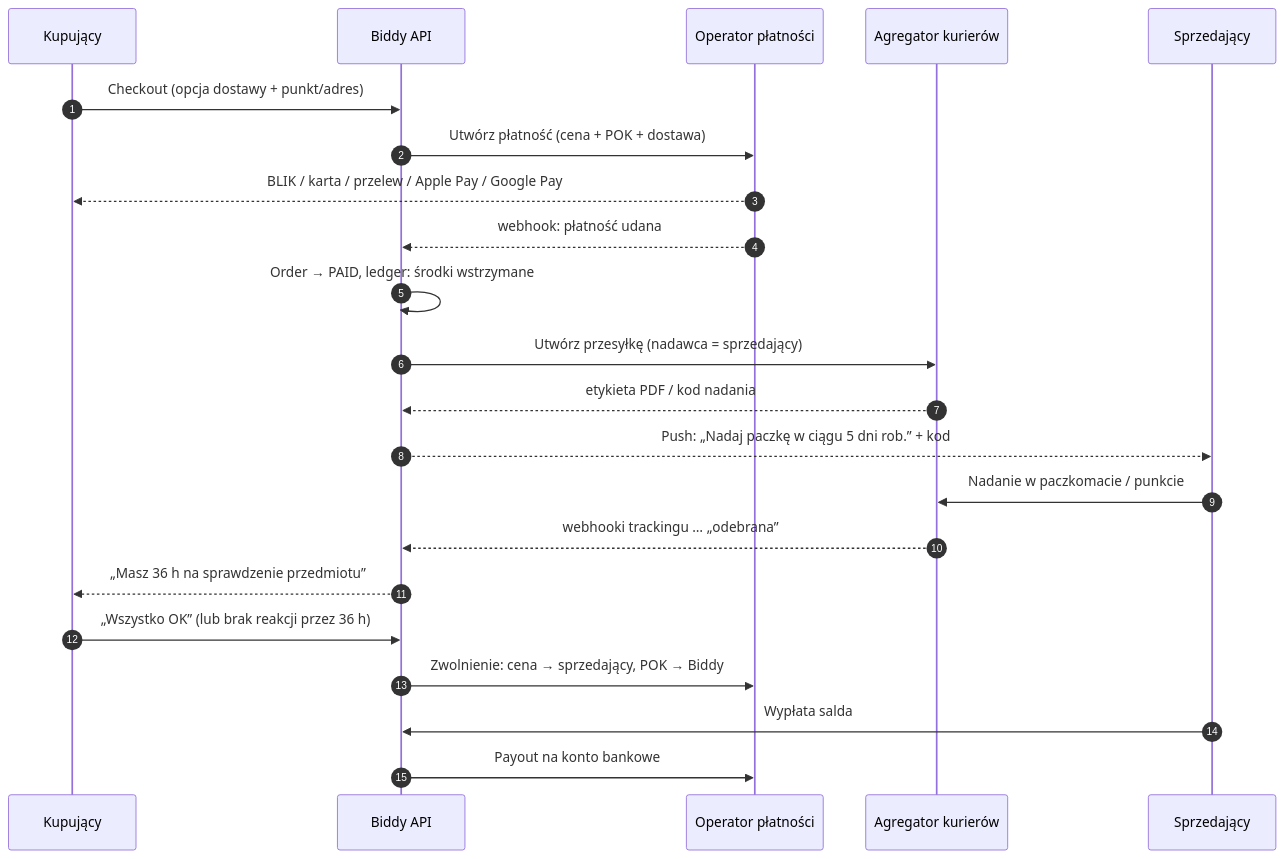
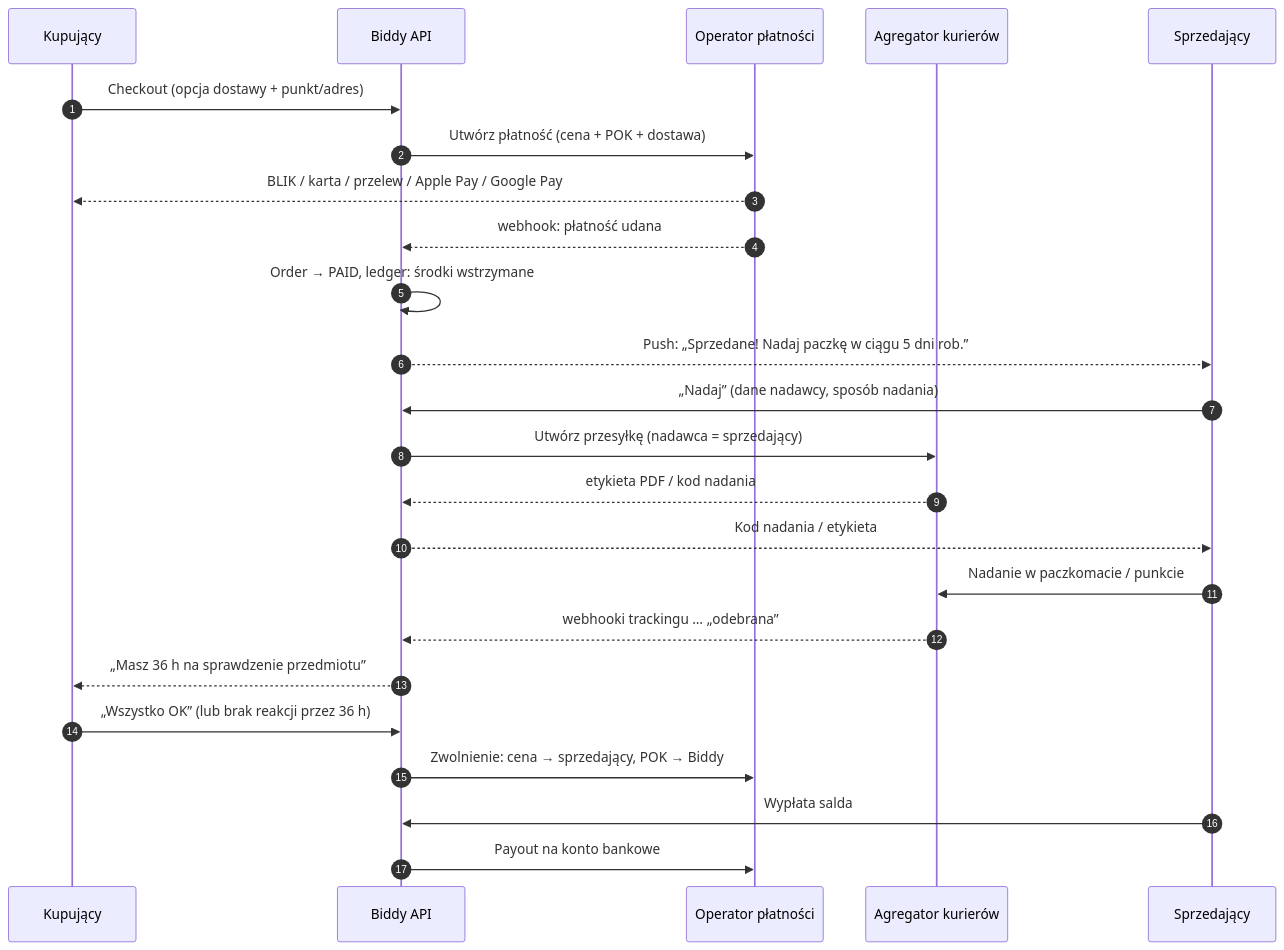
The second of 7 diagrams in docs/PROJECT.md (Bembnias/biddy), drawn with Mermaid before and after one commit. The commit also changed other lines of this file and 1 other file, not shown here.

````diff
--- a/docs/PROJECT.md
+++ b/docs/PROJECT.md
@@ -298,24 +375,26 @@
 ```mermaid
 sequenceDiagram
   autonumber
   participant B as Kupujący
   participant API as Biddy API
   participant P as Operator płatności
   participant C as Agregator kurierów
   participant S as Sprzedający
   B->>API: Checkout (opcja dostawy + punkt/adres)
   API->>P: Utwórz płatność (cena + POK + dostawa)
   P-->>B: BLIK / karta / przelew / Apple Pay / Google Pay
   P-->>API: webhook: płatność udana
   API->>API: Order → PAID, ledger: środki wstrzymane
+  API-->>S: Push: „Sprzedane! Nadaj paczkę w ciągu 5 dni rob.”
+  S->>API: „Nadaj” (dane nadawcy, sposób nadania)
   API->>C: Utwórz przesyłkę (nadawca = sprzedający)
   C-->>API: etykieta PDF / kod nadania
-  API-->>S: Push: „Nadaj paczkę w ciągu 5 dni rob.” + kod
+  API-->>S: Kod nadania / etykieta
   S->>C: Nadanie w paczkomacie / punkcie
   C-->>API: webhooki trackingu … „odebrana”
   API-->>B: „Masz 36 h na sprawdzenie przedmiotu”
   B->>API: „Wszystko OK” (lub brak reakcji przez 36 h)
   API->>P: Zwolnienie: cena → sprzedający, POK → Biddy
   S->>API: Wypłata salda
   API->>P: Payout na konto bankowe
 ```
````
